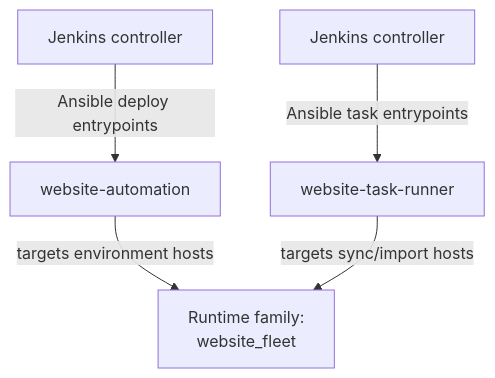
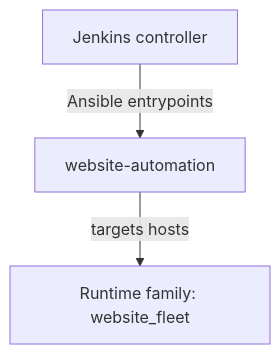
The third of 4 diagrams in docs/public/guides/relationship-graphs.md (eshu-hq/eshu), drawn with Mermaid before and after one commit. The commit also changed other lines of this file and 61 other files, not shown here.

````diff
--- a/docs/public/guides/relationship-graphs.md
+++ b/docs/public/guides/relationship-graphs.md
@@ -79,14 +48,9 @@
 ```mermaid
 graph TD
-    J1[Jenkins controller]
+    JENKINS[Jenkins controller]
     AUTO[website-automation]
-    J2[Jenkins controller]
-    TASKS[website-task-runner]
-    WP[Runtime family:<br/>website_fleet]
+    RUNTIME[Runtime family: website_fleet]
 
-    J1 -->|Ansible deploy entrypoints| AUTO
-    AUTO -->|targets environment hosts| WP
-
-    J2 -->|Ansible task entrypoints| TASKS
-    TASKS -->|targets sync/import hosts| WP
+    JENKINS -->|Ansible entrypoints| AUTO
+    AUTO -->|targets hosts| RUNTIME
 ```
````
